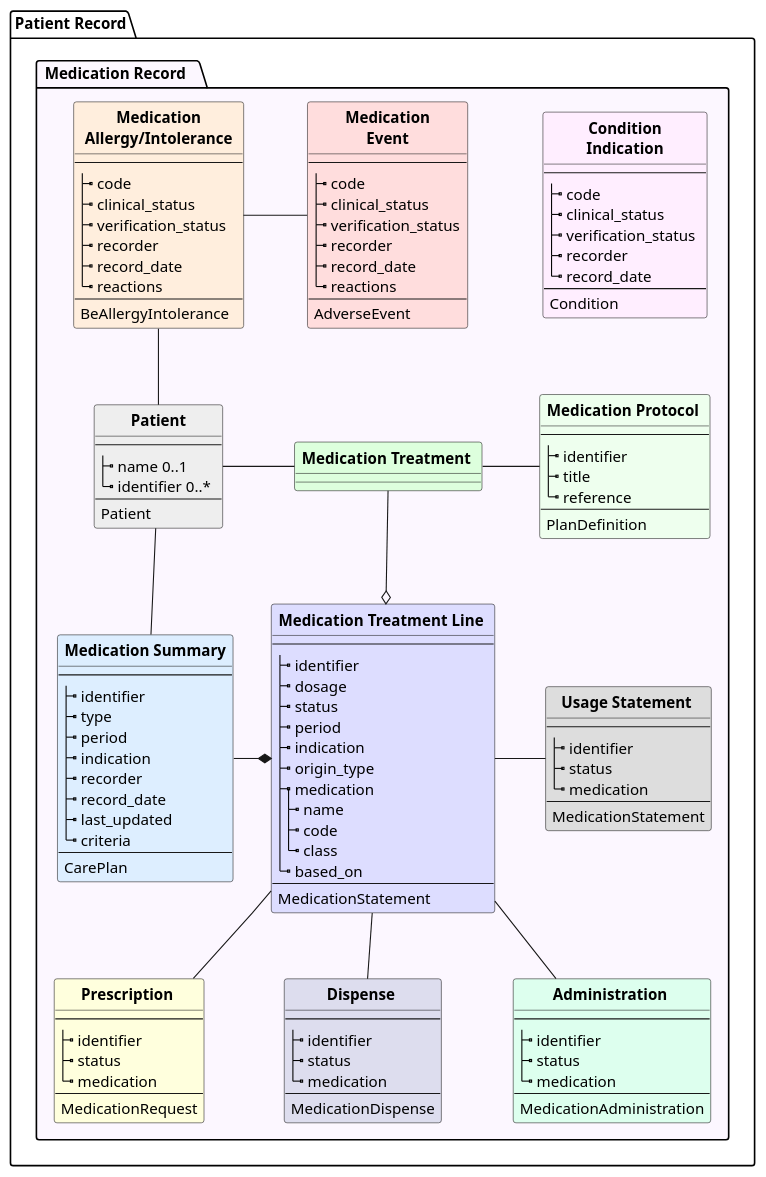
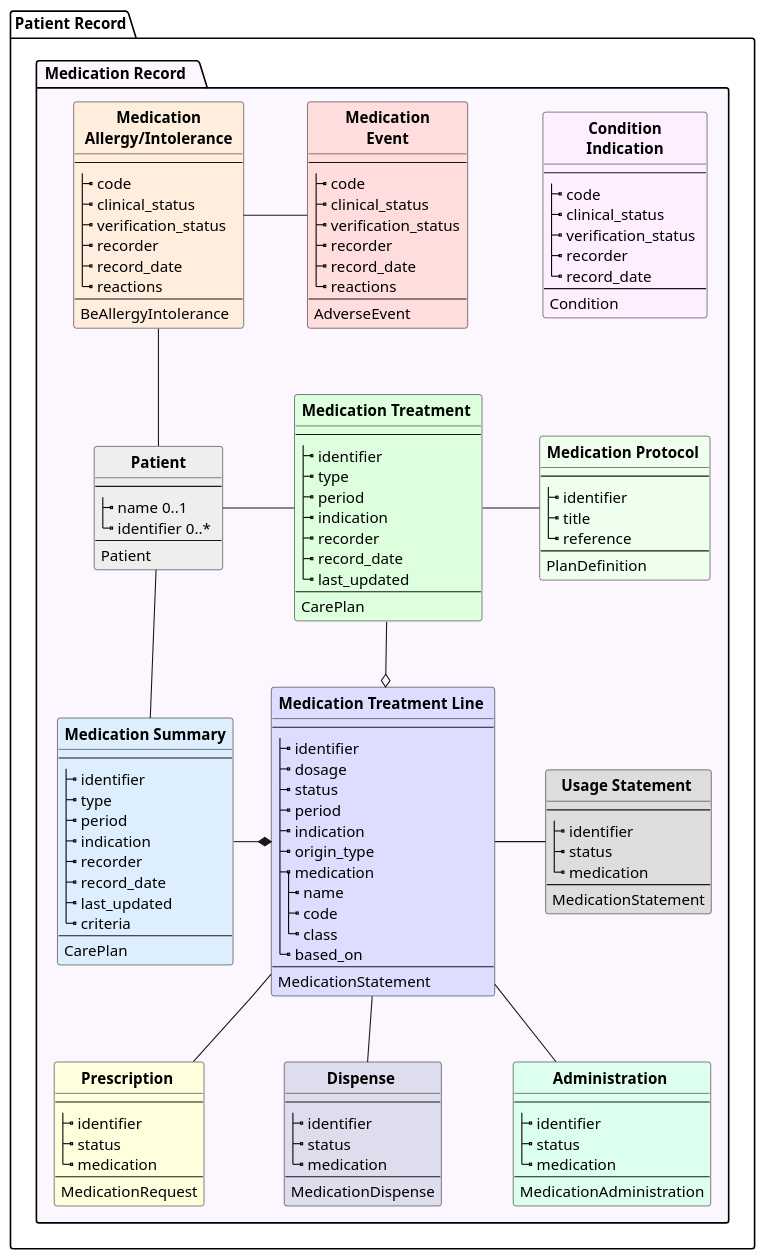
One commit to jcostateixeira/riziv-medication-record changed the diagram in input/images-source/medrecord-fhirresources.plantuml. Above: the diagram before and after it, drawn with PlantUML. The commit also changed 5 other files, not shown here.

```diff
--- a/input/images-source/medrecord-fhirresources.plantuml
+++ b/input/images-source/medrecord-fhirresources.plantuml
@@ -1,172 +1,179 @@
 @startuml
 hide stereotype
 hide circle
 skinparam linetype polyline
 '!pragma graphviz_dot smetana
 
 package "Patient Record" as PR {
 
   package " Medication Record   " as MR #FCF7FF {
     class "**Patient**" as p #EEE {
 --
 |_ name 0..1
 |_ identifier 0..*   
 --
 Patient  
         }
     class " **Medication Summary** " as MS #DEF {
         --
         |_ identifier
         |_ type
         |_ period
         |_ indication
         |_ recorder
         |_ record_date
         |_ last_updated
         |_ criteria
         --
         CarePlan
     }
 
 
     class " **Medication Treatment Line ** " as MTL #DDF {
         --
         |_ identifier
         |_ dosage
         |_ status
         |_ period
         |_ indication
         |_ origin_type
         |_ medication
           |_ name
           |_ code
           |_ class
         |_ based_on
         --
         MedicationStatement
     }
 
     class " **Medication Treatment**  " as MT #DFD {
+        --
+        |_ identifier
+        |_ type
+        |_ period
+        |_ indication
+        |_ recorder
+        |_ record_date
+        |_ last_updated
+        --
+        CarePlan
     }
-
-'      class " Medication Treatment Line  " as MTL #DEF {
-'      }
 
 
 
 
     class " **Medication Protocol**  " as MP #EFE {
     --
     |_ identifier
     |_ title
     |_ reference
     --
     PlanDefinition
     }
 
 
 class " **Medication** \n  **Allergy/Intolerance**  " as MAL #FED {
 --
 |_ code
 |_ clinical_status
 |_ verification_status  
 |_ recorder
 |_ record_date
 |_ reactions
 --
 BeAllergyIntolerance
 }
 
 class " **Prescription**  " as PRE #FFD {
 --
 |_ identifier
 |_ status
 |_ medication
 --
 MedicationRequest
 }
 
 class " **Dispense**  " as DIS #DDE {
 --
 |_ identifier
 |_ status
 |_ medication
 --
 MedicationDispense
 }
 
 class " **Administration**  " as ADM #DFE {
 --
 |_ identifier
 |_ status
 |_ medication
 --
 MedicationAdministration
 }
 
 class " **Usage Statement**  " as USE #DDD {
 --
 |_ identifier
 |_ status
 |_ medication
 --
 MedicationStatement
 }
 
 
 
 
 class " **Medication** \n  **Event**  " as ADE #FDD {
 --
 |_ code
 |_ clinical_status
 |_ verification_status  
 |_ recorder
 |_ record_date
 |_ reactions
 --
 AdverseEvent
 }
 
 
 
 class " **Condition** \n **Indication** " as IND #FEF {
 --
 |_ code
 |_ clinical_status
 |_ verification_status   
 |_ recorder
 |_ record_date
 --
 Condition
 }
 
 
 MS -r-* MTL
 p -r- MT : "         "
 MT -d-o MTL
 MT -r- MP : "     "
 
 p -d- MS
 MP -d[hidden]- MTL
 
 p -u- MAL
 MT -u[hidden]- MAL
 MS -u[hidden]- MAL
 MAL -r- ADE : "       "
 
 
 MTL -d- DIS
 MTL -d- PRE
 MTL -d- ADM
 MTL -r- USE : "   "
 ADE -r[hidden]- IND : "          "
 
 PRE -r[hidden]- DIS : "           "
 DIS -r[hidden]- ADM : "         "
 
 
 
   }
 }
 @enduml
```
